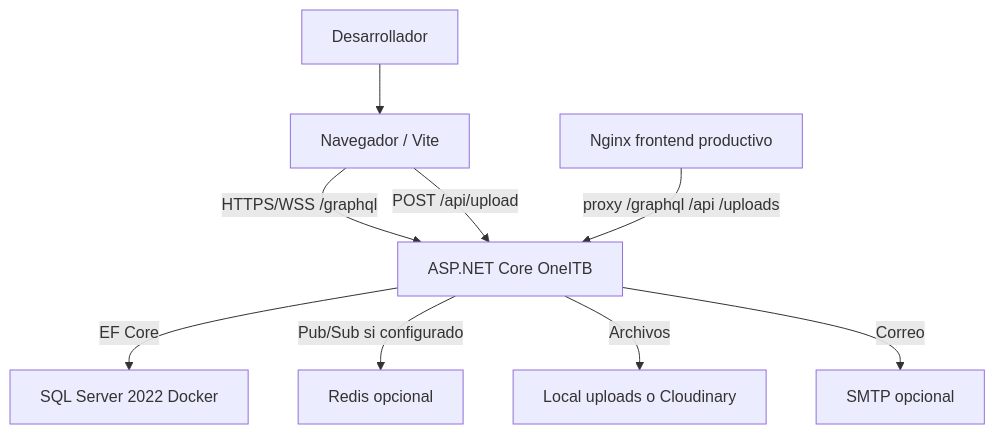
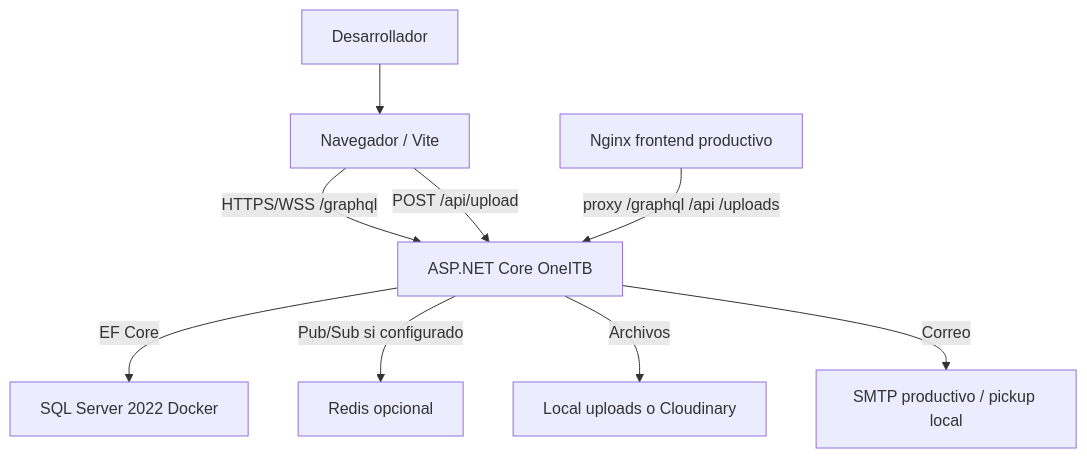
One commit to fagdiaz/OneITB changed the fifth of 5 diagrams in docs/academic/04-design-diagrams.md. Above: the diagram before and after it, drawn with Mermaid. The commit also changed other lines of this file and 108 other files, not shown here.

````diff
--- a/docs/academic/04-design-diagrams.md
+++ b/docs/academic/04-design-diagrams.md
@@ -289,20 +289,20 @@
 ```mermaid
 flowchart TB
     Developer["Desarrollador"]
     Browser["Navegador / Vite"]
     Api["ASP.NET Core OneITB"]
     DockerSql["SQL Server 2022 Docker"]
     Redis["Redis opcional"]
     Storage["Local uploads o Cloudinary"]
-    Smtp["SMTP opcional"]
+    Smtp["SMTP productivo / pickup local"]
     Nginx["Nginx frontend productivo"]
 
     Developer --> Browser
     Browser -->|HTTPS/WSS /graphql| Api
     Browser -->|POST /api/upload| Api
     Api -->|EF Core| DockerSql
     Api -->|Pub/Sub si configurado| Redis
     Api -->|Archivos| Storage
     Api -->|Correo| Smtp
     Nginx -->|proxy /graphql /api /uploads| Api
 ```
````
